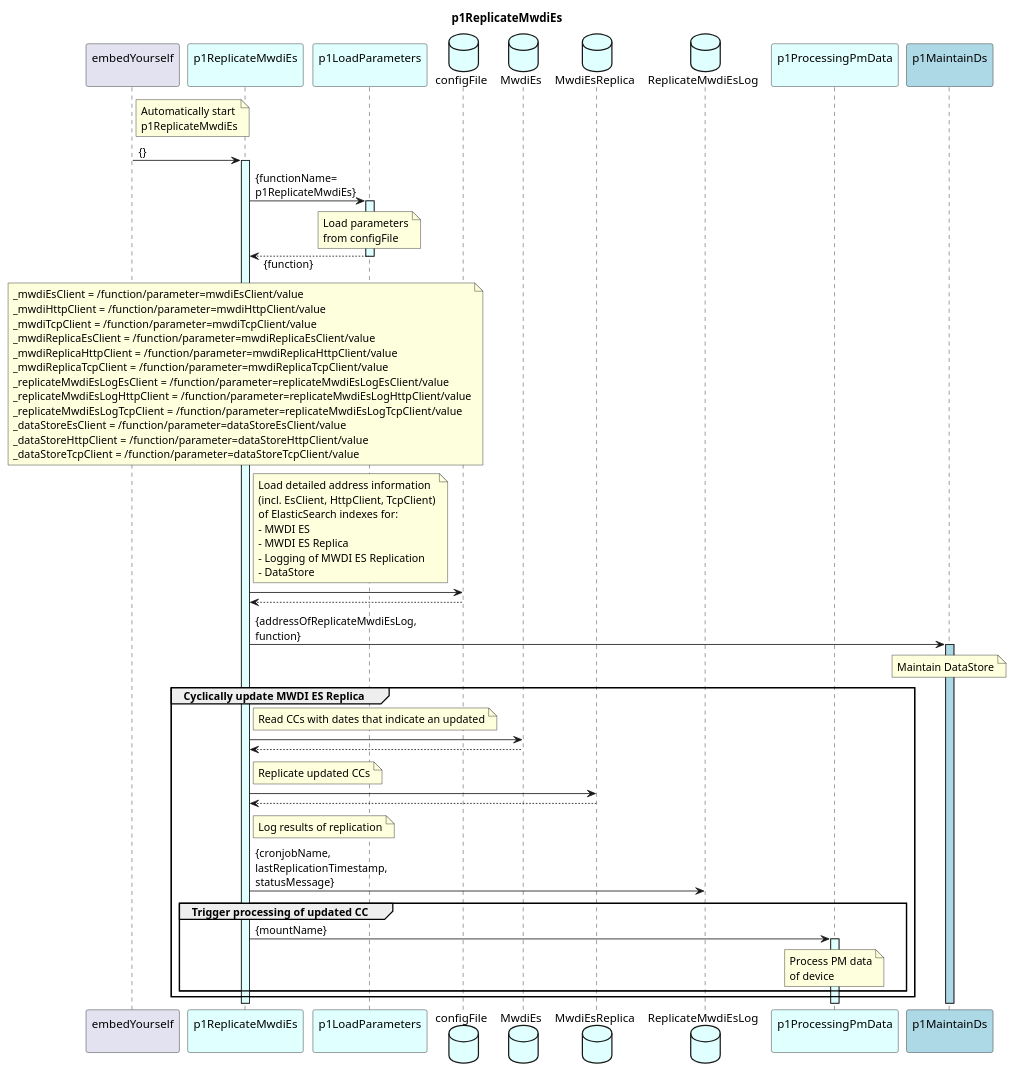
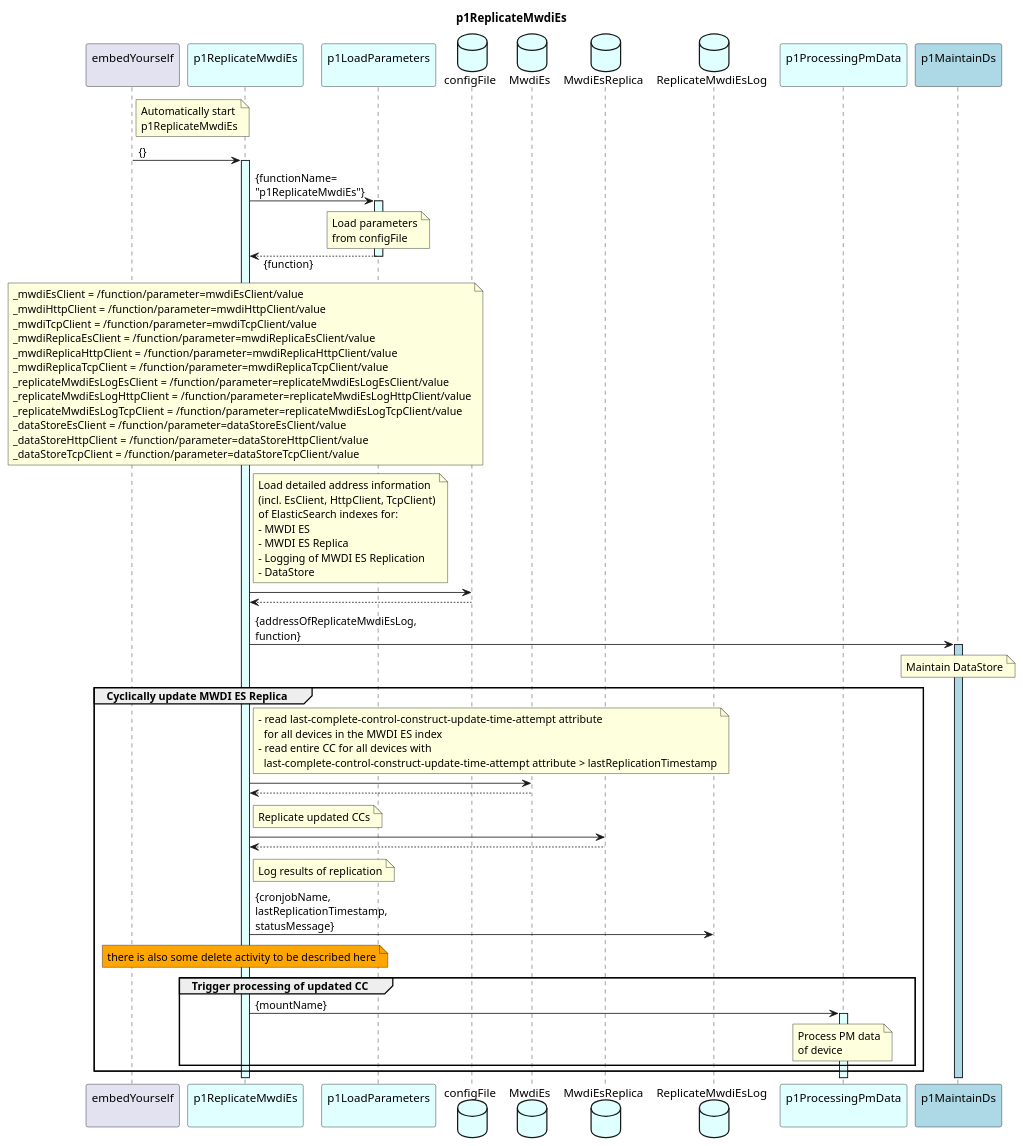
Before and after one commit to openBackhaul/DevicePerformanceManagementDataProcessor: the diagram in spec/Functions/specificFunctions/p1ReplicateMwdiEs/p1ReplicateMwdiEs.plantuml, drawn with PlantUML. The commit also changed 15 other files, not shown here.

Commit message:
Update p1ReplicateMwdiEs

```diff
--- a/spec/Functions/specificFunctions/p1ReplicateMwdiEs/p1ReplicateMwdiEs.plantuml
+++ b/spec/Functions/specificFunctions/p1ReplicateMwdiEs/p1ReplicateMwdiEs.plantuml
@@ -1,99 +1,109 @@
 @startuml p1ReplicateMwdiEs
 skinparam responseMessageBelowArrow true
 
 title
   p1ReplicateMwdiEs
 end title
 
 participant "embedYourself\n" as embed
 participant "p1ReplicateMwdiEs\n" as p1RMWDI #LightCyan
 participant "p1LoadParameters\n" as p1LP #LightCyan
 database "configFile" as configFile #LightCyan
 
 database "MwdiEs" as mwdiEs #LightCyan
 database "MwdiEsReplica" as mwdiEsReplica #LightCyan
 database "ReplicateMwdiEsLog" as log #LightCyan
 
 participant "p1ProcessingPmData\n" as p1ProOrch #LightCyan
 participant "p1MaintainDs\n" as p1MDS #LightBlue
 
 note right embed
   Automatically start
   p1ReplicateMwdiEs
 end note
 embed -> p1RMWDI : {}
 activate p1RMWDI #LightCyan
 
-  p1RMWDI -> p1LP : {functionName=\np1ReplicateMwdiEs}
+  p1RMWDI -> p1LP : {functionName=\n"p1ReplicateMwdiEs"}
   activate p1LP #LightCyan
     note over p1LP
       Load parameters
       from configFile
     end note
   p1RMWDI <-- p1LP : {function}
   deactivate p1LP
 
   note over p1RMWDI
     _mwdiEsClient = /function/parameter=mwdiEsClient/value
     _mwdiHttpClient = /function/parameter=mwdiHttpClient/value
     _mwdiTcpClient = /function/parameter=mwdiTcpClient/value
     _mwdiReplicaEsClient = /function/parameter=mwdiReplicaEsClient/value
     _mwdiReplicaHttpClient = /function/parameter=mwdiReplicaHttpClient/value
     _mwdiReplicaTcpClient = /function/parameter=mwdiReplicaTcpClient/value
     _replicateMwdiEsLogEsClient = /function/parameter=replicateMwdiEsLogEsClient/value
     _replicateMwdiEsLogHttpClient = /function/parameter=replicateMwdiEsLogHttpClient/value
     _replicateMwdiEsLogTcpClient = /function/parameter=replicateMwdiEsLogTcpClient/value
     _dataStoreEsClient = /function/parameter=dataStoreEsClient/value
     _dataStoreHttpClient = /function/parameter=dataStoreHttpClient/value
     _dataStoreTcpClient = /function/parameter=dataStoreTcpClient/value
   end note
 
   note right p1RMWDI
     Load detailed address information 
     (incl. EsClient, HttpClient, TcpClient)
     of ElasticSearch indexes for:
     - MWDI ES
     - MWDI ES Replica
     - Logging of MWDI ES Replication
     - DataStore
   end note
   p1RMWDI -> configFile
   p1RMWDI <-- configFile
 
   p1RMWDI -> p1MDS : {addressOfReplicateMwdiEsLog,\nfunction}
   activate p1MDS #LightBlue
     note over p1MDS
       Maintain DataStore
     end note
 
   group Cyclically update MWDI ES Replica
 
     note right p1RMWDI
-      Read CCs with dates that indicate an updated
+      - read last-complete-control-construct-update-time-attempt attribute
+        for all devices in the MWDI ES index
+      - read entire CC for all devices with
+        last-complete-control-construct-update-time-attempt attribute > lastReplicationTimestamp
     end note
     p1RMWDI -> mwdiEs
     p1RMWDI <-- mwdiEs
 
     note right p1RMWDI
       Replicate updated CCs
     end note
     p1RMWDI -> mwdiEsReplica
     p1RMWDI <-- mwdiEsReplica
 
     note right p1RMWDI
       Log results of replication
     end note
     p1RMWDI -> log : {cronjobName,\nlastReplicationTimestamp,\nstatusMessage}
 
+
+    note over p1RMWDI #Orange
+      there is also some delete activity to be described here
+    end note
+
+
+
     group Trigger processing of updated CC
       p1RMWDI -> p1ProOrch : {mountName}
       activate p1ProOrch #LightCyan
         note over p1ProOrch
           Process PM data
           of device
         end note
     end
 
   end
 
 @enduml
```
